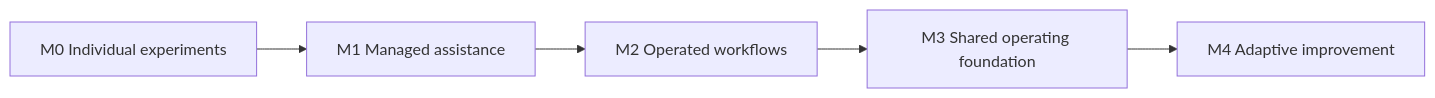
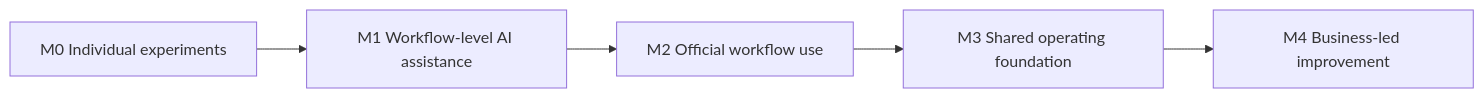
Before and after one commit to woogi-kang/ax-engineer-roadmap: the diagram in en/organization-maturity/README.md, drawn with Mermaid. The commit also changed other lines of this file and 217 other files, not shown here.

First line of the commit message:
docs: refresh AX roadmap and retire legacy site (#29)

````diff
--- a/en/organization-maturity/README.md
+++ b/en/organization-maturity/README.md
@@ -15,7 +15,7 @@
 ```mermaid
 flowchart LR
-    M0["M0 Individual experiments"] --> M1["M1 Managed assistance"]
-    M1 --> M2["M2 Operated workflows"]
+    M0["M0 Individual experiments"] --> M1["M1 Workflow-level AI assistance"]
+    M1 --> M2["M2 Official workflow use"]
     M2 --> M3["M3 Shared operating foundation"]
-    M3 --> M4["M4 Adaptive improvement"]
+    M3 --> M4["M4 Business-led improvement"]
 ```
````
